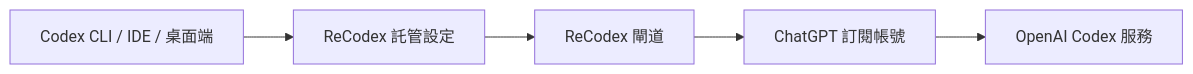
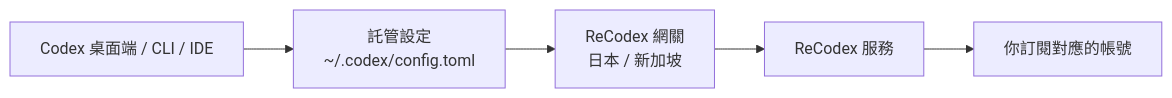
The diagram in zh-Hant/how-it-works.mdx (kvalen-code/docs), drawn with Mermaid before and after one commit. The commit also changed other lines of this file and 5 other files, not shown here.

````diff
--- a/zh-Hant/how-it-works.mdx
+++ b/zh-Hant/how-it-works.mdx
@@ -24,7 +13,7 @@
 ```mermaid
 flowchart LR
-  A[Codex CLI / IDE / 桌面端] --> B[ReCodex 託管設定]
-  B --> C[ReCodex 閘道]
-  C --> D[ChatGPT 訂閱帳號]
-  D --> E[OpenAI Codex 服務]
+  A[Codex 桌面端 / CLI / IDE] --> B[託管設定<br/>~/.codex/config.toml]
+  B --> C[ReCodex 網關<br/>日本 / 新加坡]
+  C --> D[ReCodex 服務]
+  D --> E[你訂閱對應的帳號]
 ```
````
